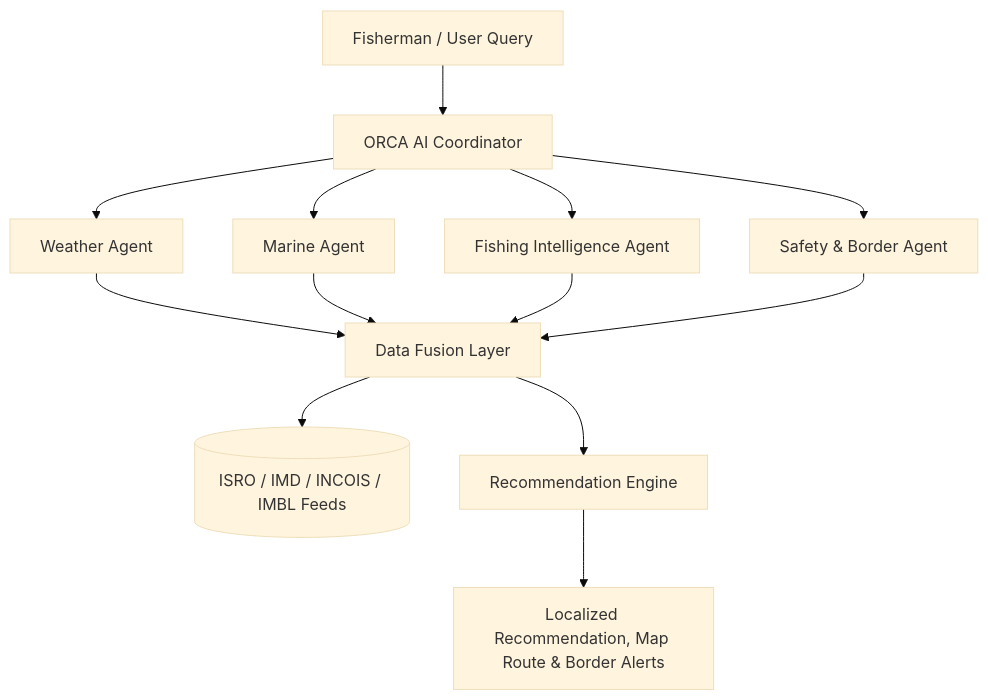
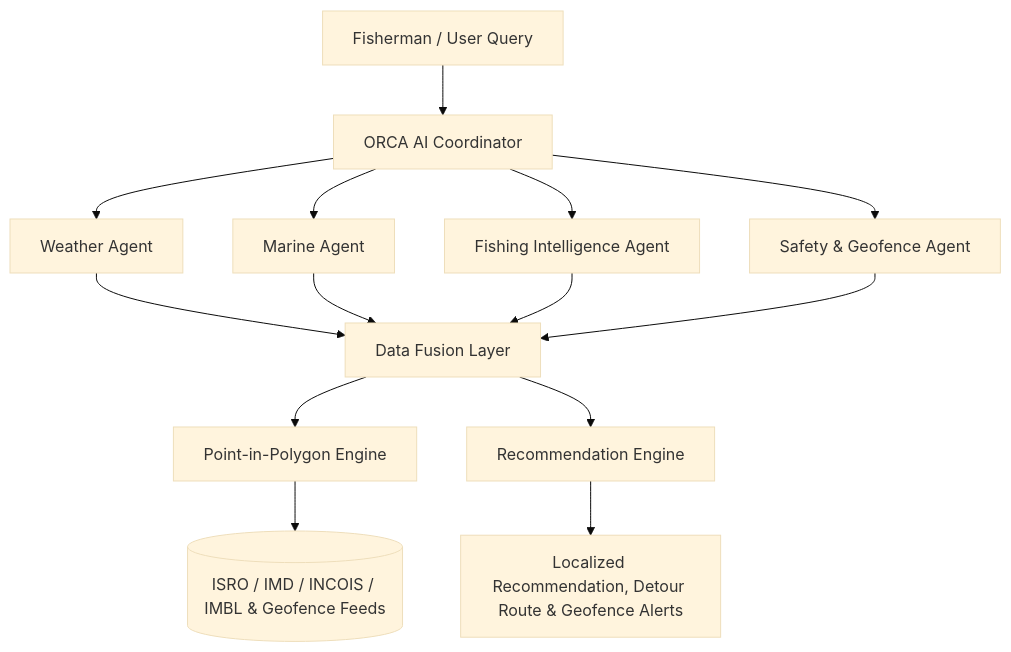
Before and after one commit to gssanjay12/ORCA: the diagram in README.md, drawn with Mermaid (base theme). The commit also changed other lines of this file and 9 other files, not shown here.

````diff
--- a/README.md
+++ b/README.md
@@ -71,17 +77,18 @@
 ```mermaid
 graph TD
     User[Fisherman / User Query] --> Coordinator[ORCA AI Coordinator]
     Coordinator --> WeatherAgent[Weather Agent]
     Coordinator --> MarineAgent[Marine Agent]
     Coordinator --> FishingAgent[Fishing Intelligence Agent]
-    Coordinator --> SafetyAgent[Safety & Border Agent]
+    Coordinator --> SafetyAgent[Safety & Geofence Agent]
 
     WeatherAgent --> Fusion[Data Fusion Layer]
     MarineAgent --> Fusion
     FishingAgent --> Fusion
     SafetyAgent --> Fusion
 
-    Fusion --> Sources[(ISRO / IMD / INCOIS / IMBL Feeds)]
+    Fusion --> Geofence[Point-in-Polygon Engine]
+    Geofence --> Sources[(ISRO / IMD / INCOIS / IMBL & Geofence Feeds)]
     Fusion --> Engine[Recommendation Engine]
-    Engine --> Output[Localized Recommendation, Map Route & Border Alerts]
+    Engine --> Output[Localized Recommendation, Detour Route & Geofence Alerts]
 ```
````
